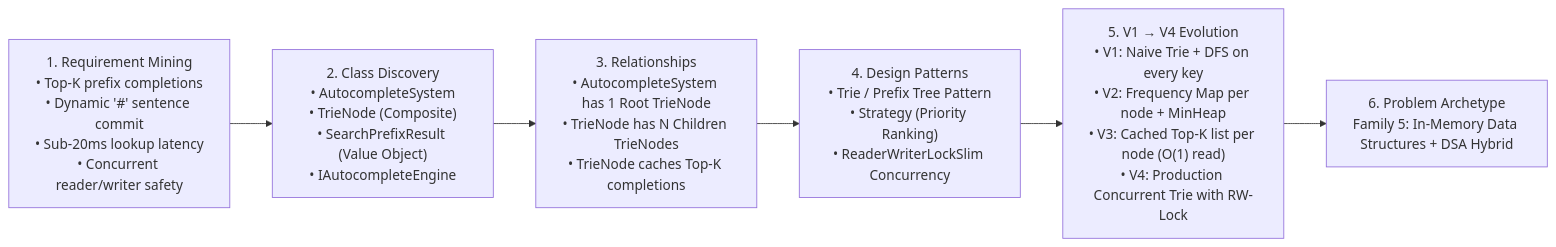
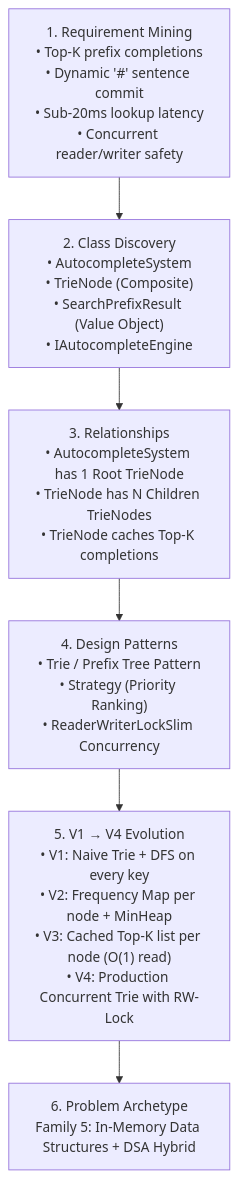
The first of 3 diagrams in LLD/03_Tier3_DSA_Screening/29_Search_Autocomplete_System.md (dip4k/DSA_102), drawn with Mermaid before and after one commit. The commit also changed other lines of this file and 191 other files, not shown here.

````diff
--- a/LLD/03_Tier3_DSA_Screening/29_Search_Autocomplete_System.md
+++ b/LLD/03_Tier3_DSA_Screening/29_Search_Autocomplete_System.md
@@ -21,8 +21,8 @@
 ```mermaid
-flowchart LR
-    A["1. Requirement Mining\n• Top-K prefix completions\n• Dynamic '#' sentence commit\n• Sub-20ms lookup latency\n• Concurrent reader/writer safety"] --> B["2. Class Discovery\n• AutocompleteSystem\n• TrieNode (Composite)\n• SearchPrefixResult (Value Object)\n• IAutocompleteEngine"]
-    B --> C["3. Relationships\n• AutocompleteSystem has 1 Root TrieNode\n• TrieNode has N Children TrieNodes\n• TrieNode caches Top-K completions"]
-    C --> D["4. Design Patterns\n• Trie / Prefix Tree Pattern\n• Strategy (Priority Ranking)\n• ReaderWriterLockSlim Concurrency"]
-    D --> E["5. V1 → V4 Evolution\n• V1: Naive Trie + DFS on every key\n• V2: Frequency Map per node + MinHeap\n• V3: Cached Top-K list per node (O(1) read)\n• V4: Production Concurrent Trie with RW-Lock"]
-    E --> F["6. Problem Archetype\nFamily 5: In-Memory Data Structures + DSA Hybrid"]
+flowchart TD
+    A["1. Requirement Mining<br/>• Top-K prefix completions<br/>• Dynamic '#' sentence commit<br/>• Sub-20ms lookup latency<br/>• Concurrent reader/writer safety"] --> B["2. Class Discovery<br/>• AutocompleteSystem<br/>• TrieNode (Composite)<br/>• SearchPrefixResult (Value Object)<br/>• IAutocompleteEngine"]
+    B --> C["3. Relationships<br/>• AutocompleteSystem has 1 Root TrieNode<br/>• TrieNode has N Children TrieNodes<br/>• TrieNode caches Top-K completions"]
+    C --> D["4. Design Patterns<br/>• Trie / Prefix Tree Pattern<br/>• Strategy (Priority Ranking)<br/>• ReaderWriterLockSlim Concurrency"]
+    D --> E["5. V1 → V4 Evolution<br/>• V1: Naive Trie + DFS on every key<br/>• V2: Frequency Map per node + MinHeap<br/>• V3: Cached Top-K list per node (O(1) read)<br/>• V4: Production Concurrent Trie with RW-Lock"]
+    E --> F["6. Problem Archetype<br/>Family 5: In-Memory Data Structures + DSA Hybrid"]
 ```
````
